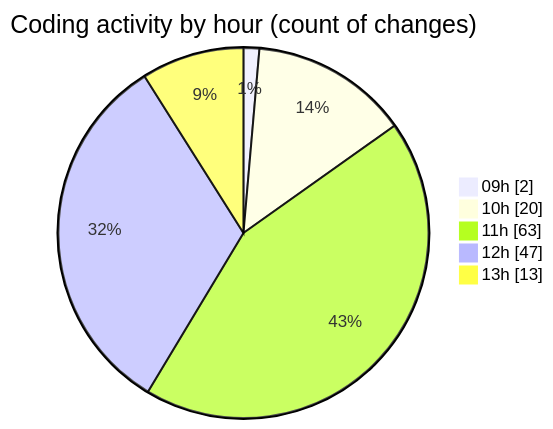
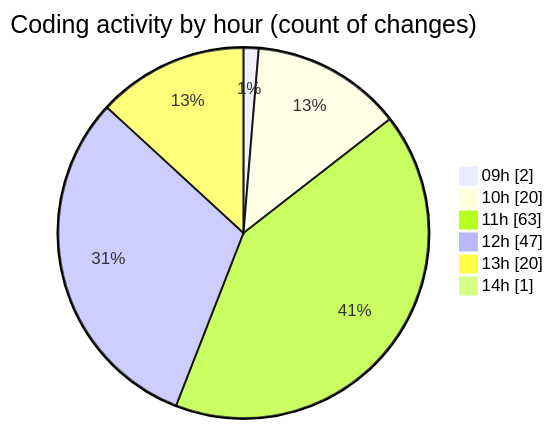
The second of 2 diagrams in 2025-04-08/cda/README.md (momahboobian/code-tracking), drawn with Mermaid before and after one commit. The commit also changed other lines of this file and 1 other file, not shown here.

````diff
--- a/2025-04-08/cda/README.md
+++ b/2025-04-08/cda/README.md
@@ -38,9 +39,10 @@
 ```mermaid
 pie showData
 title Coding activity by hour (count of changes)
 "09h" : 2
 "10h" : 20
 "11h" : 63
 "12h" : 47
-"13h" : 13
+"13h" : 20
+"14h" : 1
 ```
````
